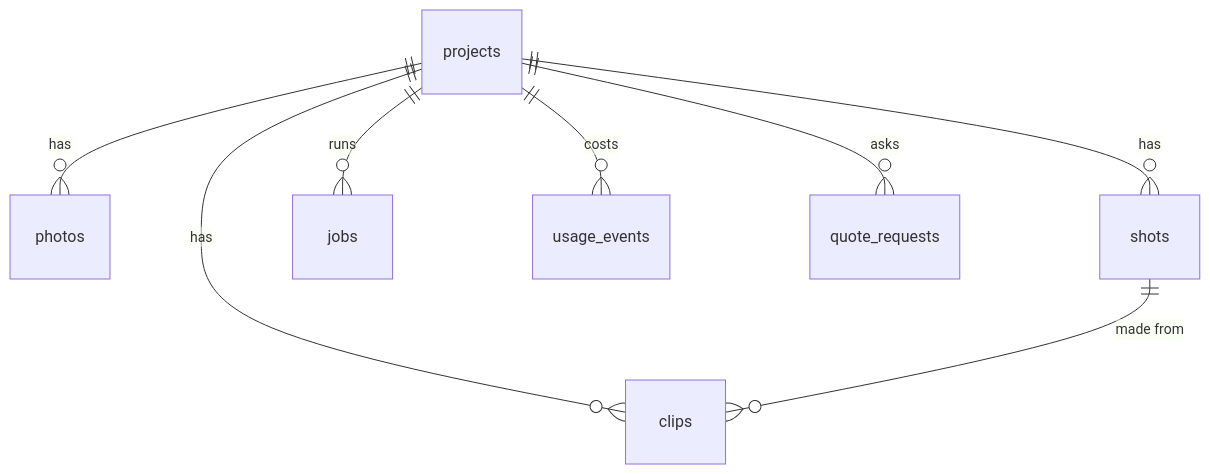
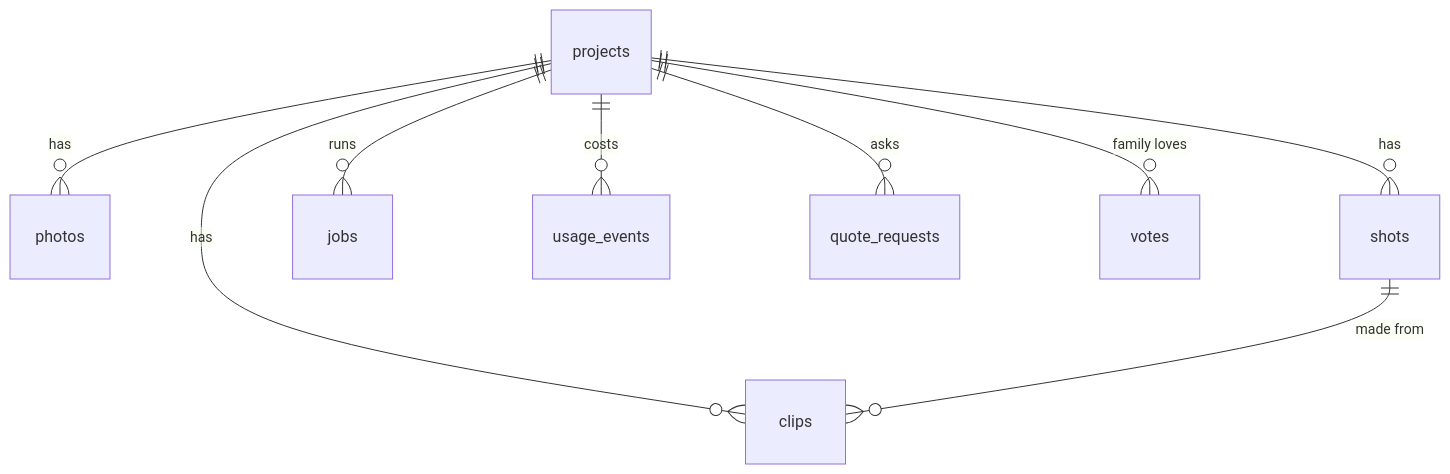
One commit to adarshninamdar99/muhurat-mvp changed the second of 3 diagrams in docs/ARCHITECTURE.md. Above: the diagram before and after it, drawn with Mermaid. The commit also changed other lines of this file and 59 other files, not shown here.

First line of the commit message:
Add free AI (Cloudflare), traditions, muhurat light, wedding film, family votes

````diff
--- a/docs/ARCHITECTURE.md
+++ b/docs/ARCHITECTURE.md
@@ -48,10 +48,11 @@
 ```mermaid
 erDiagram
   projects ||--o{ photos : has
   projects ||--o{ shots : has
   projects ||--o{ clips : has
   shots ||--o{ clips : "made from"
   projects ||--o{ jobs : runs
   projects ||--o{ usage_events : costs
   projects ||--o{ quote_requests : asks
+  projects ||--o{ votes : "family loves"
 ```
````
